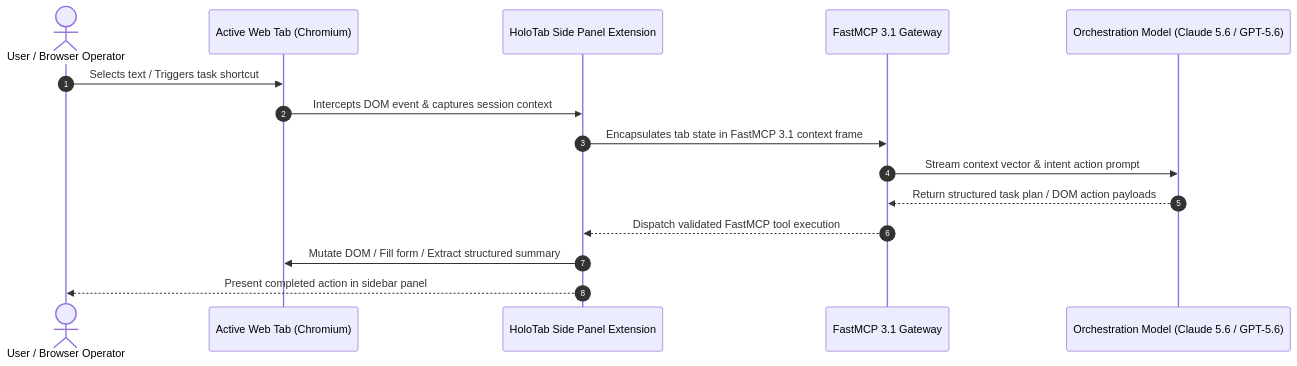
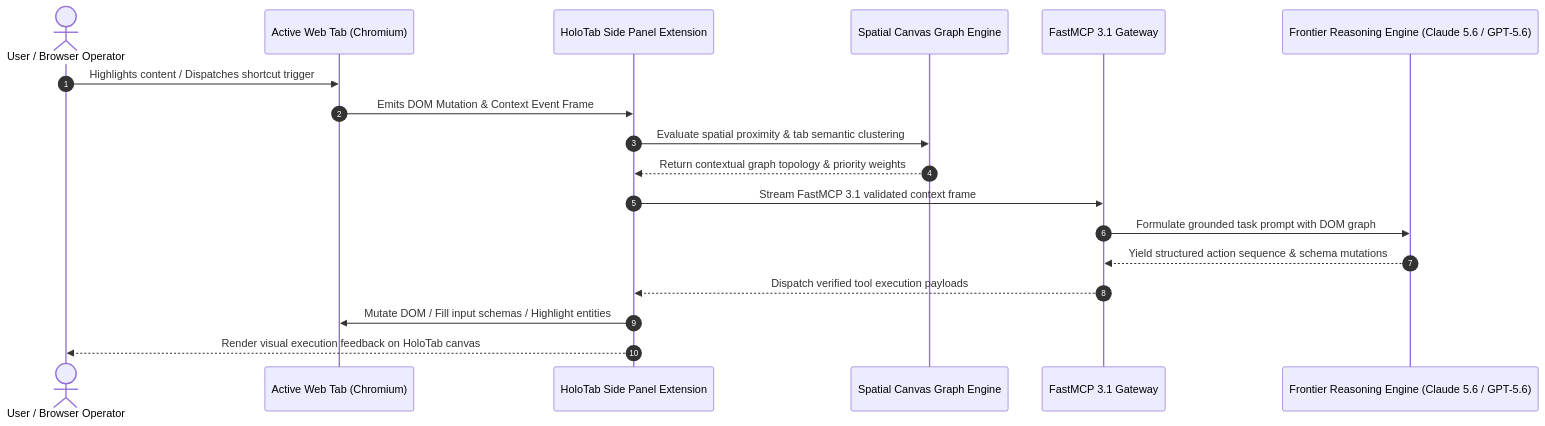
One commit to joanmarcriera/Home-office-automations changed the diagram in docs/tools/ai_knowledge/holotab.md. Above: the diagram before and after it, drawn with Mermaid. The commit also changed other lines of this file and 5 other files, not shown here.

````diff
--- a/docs/tools/ai_knowledge/holotab.md
+++ b/docs/tools/ai_knowledge/holotab.md
@@ -8,18 +8,21 @@
 ```mermaid
 sequenceDiagram
     autonumber
     actor User as User / Browser Operator
     participant Tab as Active Web Tab (Chromium)
     participant HT as HoloTab Side Panel Extension
+    participant Spatial as Spatial Canvas Graph Engine
     participant FastMCP as FastMCP 3.1 Gateway
-    participant LLM as Orchestration Model (Claude 5.6 / GPT-5.6)
+    participant LLM as Frontier Reasoning Engine (Claude 5.6 / GPT-5.6)
 
-    User->>Tab: Selects text / Triggers task shortcut
-    Tab->>HT: Intercepts DOM event & captures session context
-    HT->>FastMCP: Encapsulates tab state in FastMCP 3.1 context frame
-    FastMCP->>LLM: Stream context vector & intent action prompt
-    LLM-->>FastMCP: Return structured task plan / DOM action payloads
-    FastMCP-->>HT: Dispatch validated FastMCP tool execution
-    HT->>Tab: Mutate DOM / Fill form / Extract structured summary
-    HT-->>User: Present completed action in sidebar panel
+    User->>Tab: Highlights content / Dispatches shortcut trigger
+    Tab->>HT: Emits DOM Mutation & Context Event Frame
+    HT->>Spatial: Evaluate spatial proximity & tab semantic clustering
+    Spatial-->>HT: Return contextual graph topology & priority weights
+    HT->>FastMCP: Stream FastMCP 3.1 validated context frame
+    FastMCP->>LLM: Formulate grounded task prompt with DOM graph
+    LLM-->>FastMCP: Yield structured action sequence & schema mutations
+    FastMCP-->>HT: Dispatch verified tool execution payloads
+    HT->>Tab: Mutate DOM / Fill input schemas / Highlight entities
+    HT-->>User: Render visual execution feedback on HoloTab canvas
 ```
````
